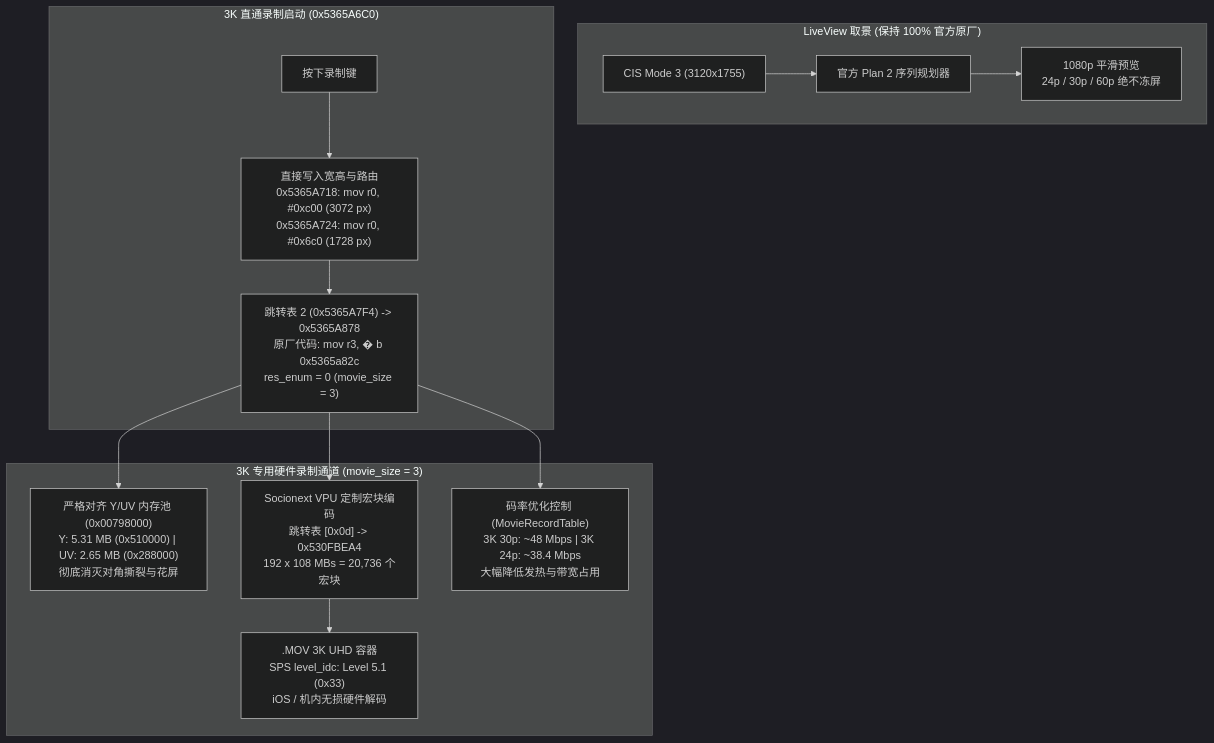
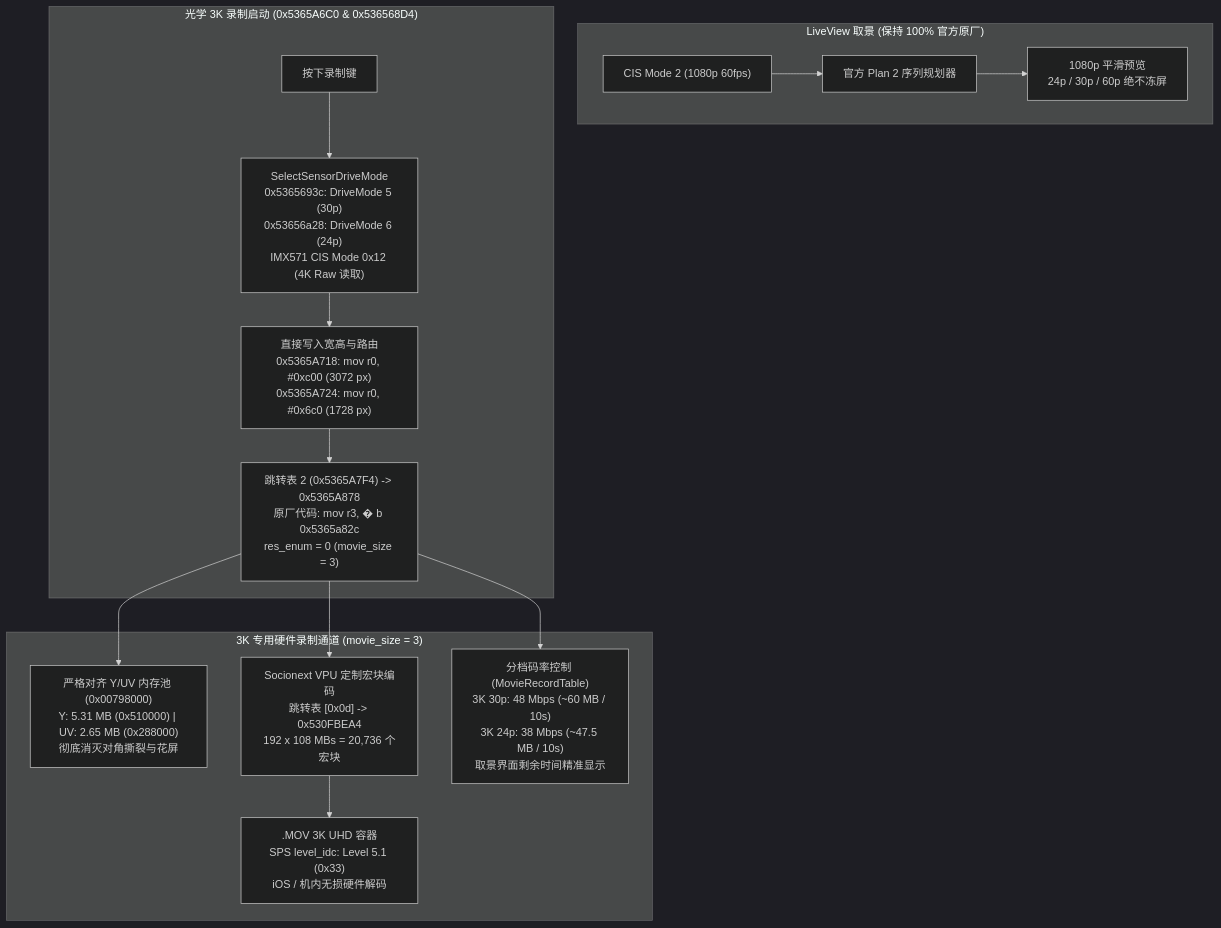
One commit to cqkking/ricoh-gr4-4k-mod changed the diagram in README.zh-CN.md. Above: the diagram before and after it, drawn with Mermaid (dark theme). The commit also changed other lines of this file and 5 other files, not shown here.

````diff
--- a/README.zh-CN.md
+++ b/README.zh-CN.md
@@ -42,23 +42,24 @@
 ```mermaid
 flowchart TD
     subgraph LiveView ["LiveView 取景 (保持 100% 官方原厂)"]
-        CIS3["CIS Mode 3 (3120x1755)"] --> Plan2["官方 Plan 2 序列规划器"]
+        CIS2["CIS Mode 2 (1080p 60fps)"] --> Plan2["官方 Plan 2 序列规划器"]
         Plan2 --> LVPrev["1080p 平滑预览<br/>24p / 30p / 60p 绝不冻屏"]
     end
 
-    subgraph MovieSetup ["3K 直通录制启动 (0x5365A6C0)"]
-        RecKey["按下录制键"] --> DirectInj["直接写入宽高与路由<br/>0x5365A718: mov r0, #0xc00 (3072 px)<br/>0x5365A724: mov r0, #0x6c0 (1728 px)"]
+    subgraph MovieSetup ["光学 3K 录制启动 (0x5365A6C0 & 0x536568D4)"]
+        RecKey["按下录制键"] --> SensorMode["SelectSensorDriveMode<br/>0x5365693c: DriveMode 5 (30p)<br/>0x53656a28: DriveMode 6 (24p)<br/>IMX571 CIS Mode 0x12 (4K Raw 读取)"]
+        SensorMode --> DirectInj["直接写入宽高与路由<br/>0x5365A718: mov r0, #0xc00 (3072 px)<br/>0x5365A724: mov r0, #0x6c0 (1728 px)"]
         DirectInj --> Route0["跳转表 2 (0x5365A7F4) -> 0x5365A878<br/>原厂代码: mov r3, #0; b 0x5365a82c<br/>res_enum = 0 (movie_size = 3)"]
     end
 
     subgraph RecordPipeline ["3K 专用硬件录制通道 (movie_size = 3)"]
         MemPool["严格对齐 Y/UV 内存池 (0x00798000)<br/>Y: 5.31 MB (0x510000) | UV: 2.65 MB (0x288000)<br/>彻底消灭对角撕裂与花屏"]
         VPU["Socionext VPU 定制宏块编码<br/>跳转表 [0x0d] -> 0x530FBEA4<br/>192 x 108 MBs = 20,736 个宏块"]
-        RateControl["码率优化控制 (MovieRecordTable)<br/>3K 30p: ~48 Mbps | 3K 24p: ~38.4 Mbps<br/>大幅降低发热与带宽占用"]
+        RateControl["分档码率控制 (MovieRecordTable)<br/>3K 30p: 48 Mbps (~60 MB / 10s)<br/>3K 24p: 38 Mbps (~47.5 MB / 10s)<br/>取景界面剩余时间精准显示"]
         Container[".MOV 3K UHD 容器<br/>SPS level_idc: Level 5.1 (0x33)<br/>iOS / 机内无损硬件解码"]
         Route0 --> MemPool
         Route0 --> VPU
         Route0 --> RateControl
         VPU --> Container
     end
 ```
````
